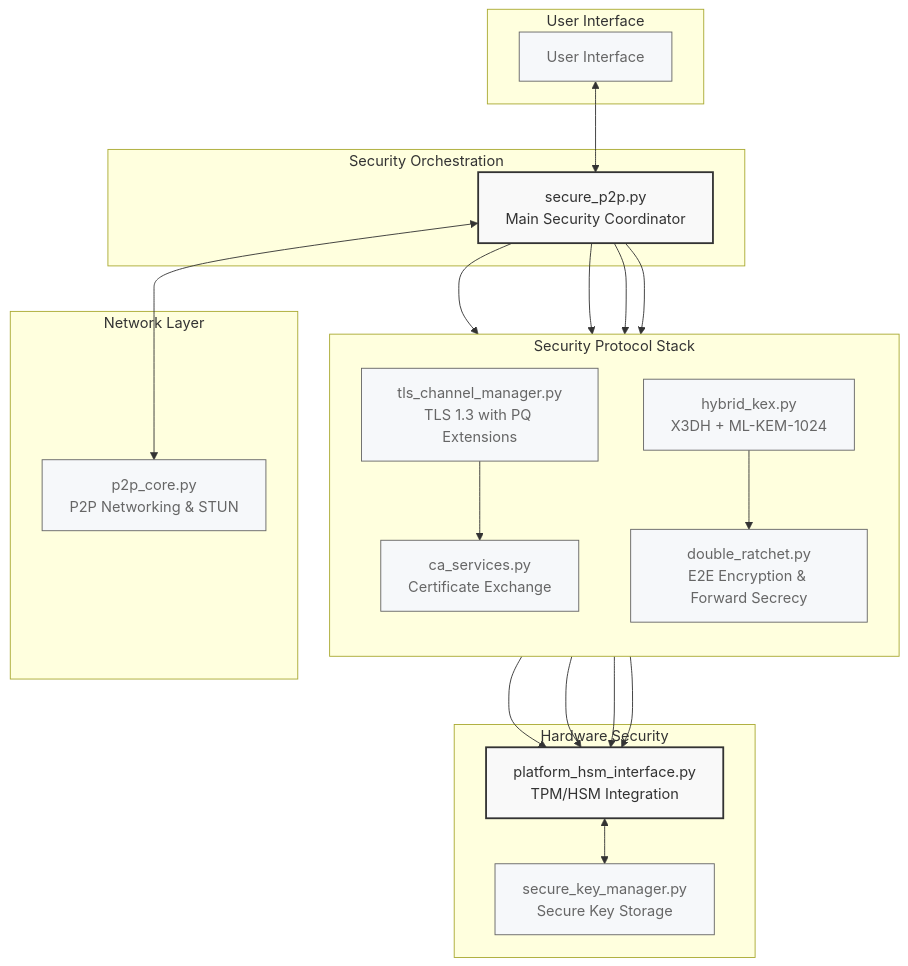
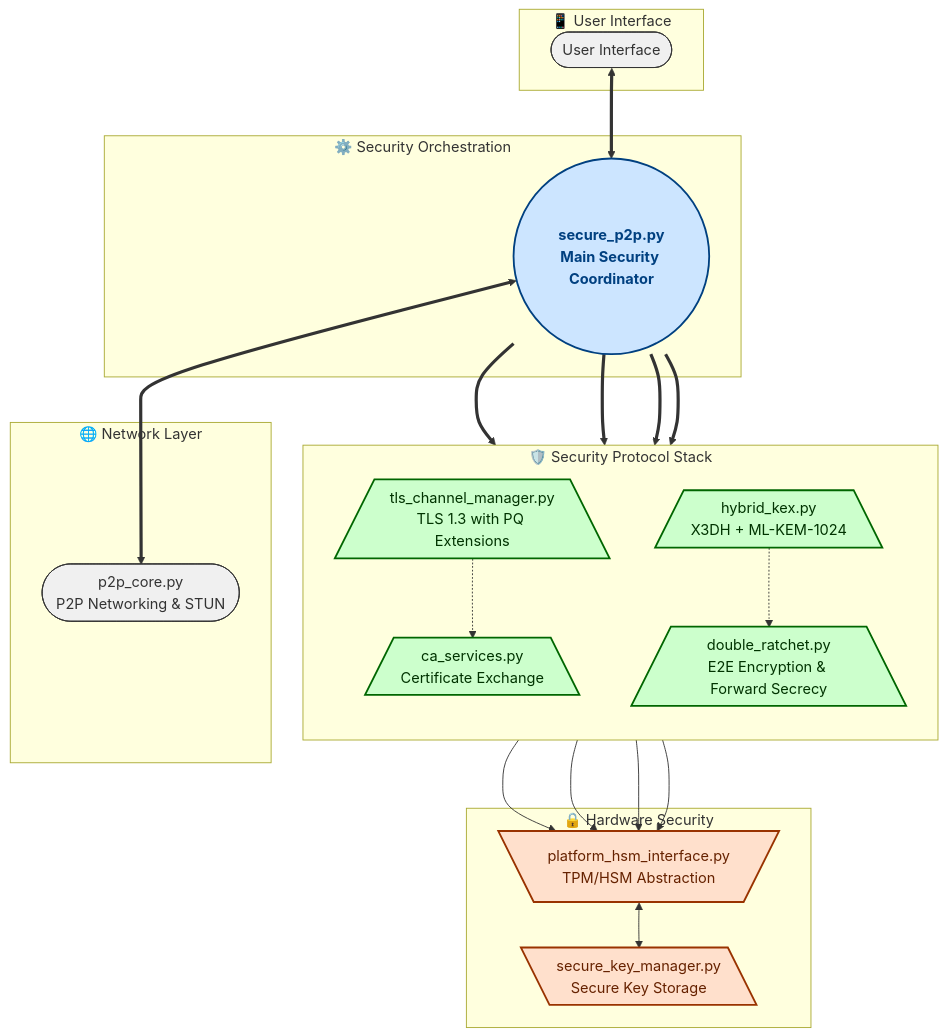
Before and after one commit to Destroyer-official/Destroyer_P2P: the first of 2 diagrams in README.md, drawn with Mermaid. The commit also changed other lines of this file, not shown here.

````diff
--- a/README.md
+++ b/README.md
@@ -90,51 +97,55 @@
 ```mermaid
-flowchart TB
-    subgraph "User Interface"
-        UI[User Interface]
+graph TB
+    subgraph "📱 User Interface"
+        UI([User Interface])
     end
 
-    subgraph "Security Orchestration"
-        SecureP2P["secure_p2p.py\nMain Security Coordinator"]
+    subgraph "⚙️ Security Orchestration"
+        SecureP2P((""secure_p2p.py<br/>Main Security Coordinator""))
     end
 
-    subgraph "Network Layer"
-        P2P["p2p_core.py\nP2P Networking & STUN"]
+    subgraph "🌐 Network Layer"
+        P2P([p2p_core.py<br/>P2P Networking & STUN])
     end
 
-    subgraph "Security Protocol Stack"
+    subgraph "🛡️ Security Protocol Stack"
         direction TB
-        TLS["tls_channel_manager.py\nTLS 1.3 with PQ Extensions"]
-        CA["ca_services.py\nCertificate Exchange"]
-        KEX["hybrid_kex.py\nX3DH + ML-KEM-1024"]
-        DR["double_ratchet.py\nE2E Encryption & Forward Secrecy"]
+        TLS[/tls_channel_manager.py<br/>TLS 1.3 with PQ Extensions\]
+        CA[/ca_services.py<br/>Certificate Exchange\]
+        KEX[/hybrid_kex.py<br/>X3DH + ML-KEM-1024\]
+        DR[/double_ratchet.py<br/>E2E Encryption & Forward Secrecy\]
     end
 
-    subgraph "Hardware Security"
-        HSM["platform_hsm_interface.py\nTPM/HSM Integration"]
-        KeyMgr["secure_key_manager.py\nSecure Key Storage"]
+    subgraph "🔒 Hardware Security"
+        HSMInterface[\"platform_hsm_interface.py<br/>TPM/HSM Abstraction"/]
+        KeyMgr[\"secure_key_manager.py<br/>Secure Key Storage"\]
     end
 
-    UI <--> SecureP2P
-    SecureP2P <--> P2P
+    UI <==> SecureP2P
+    SecureP2P <==> P2P
     
-    SecureP2P --> TLS
-    SecureP2P --> CA
-    SecureP2P --> KEX
-    SecureP2P --> DR
+    SecureP2P ==> TLS
+    SecureP2P ==> CA
+    SecureP2P ==> KEX
+    SecureP2P ==> DR
     
-    TLS --> CA
-    KEX --> DR
+    TLS -.-> CA
+    KEX -.-> DR
     
-    TLS --> HSM
-    KEX --> HSM
-    DR --> HSM
-    CA --> HSM
+    TLS --> HSMInterface
+    KEX --> HSMInterface
+    DR --> HSMInterface
+    CA --> HSMInterface
     
-    HSM <--> KeyMgr
+    HSMInterface <--> KeyMgr
 
-    classDef primary fill:#f9f9f9,stroke:#333,stroke-width:2px,color:#333;
-    classDef secondary fill:#f6f8fa,stroke:#666,stroke-width:1px,color:#666;
+    classDef orchestrator fill:#cce5ff,stroke:#004080,stroke-width:2px,color:#004080,font-weight:bold;
+    classDef protocol fill:#ccffcc,stroke:#006600,stroke-width:2px,color:#003300;
+    classDef hardware fill:#ffe0cc,stroke:#993300,stroke-width:2px,color:#662200;
+    classDef utility fill:#f0f0f0,stroke:#333,stroke-width:1px,color:#333;
     
-    class SecureP2P,HSM primary;
-    class UI,P2P,TLS,CA,KEX,DR,KeyMgr secondary;
+    class SecureP2P orchestrator;
+    class TLS,CA,KEX,DR protocol;
+    class HSMInterface,KeyMgr hardware;
+    class UI,P2P utility;
 ```
````
